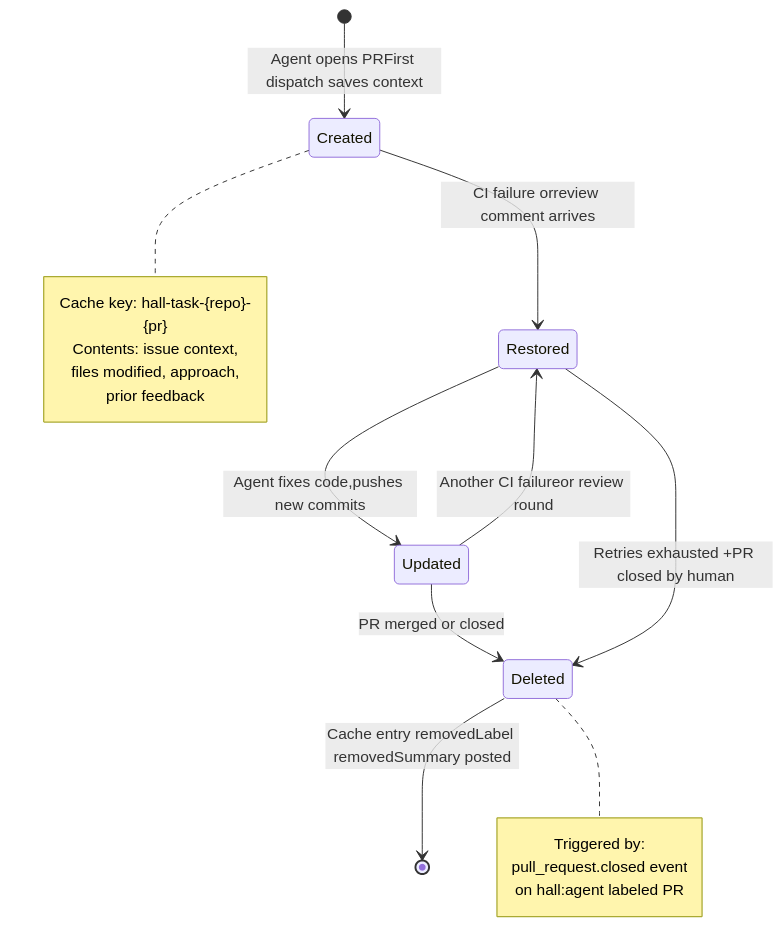
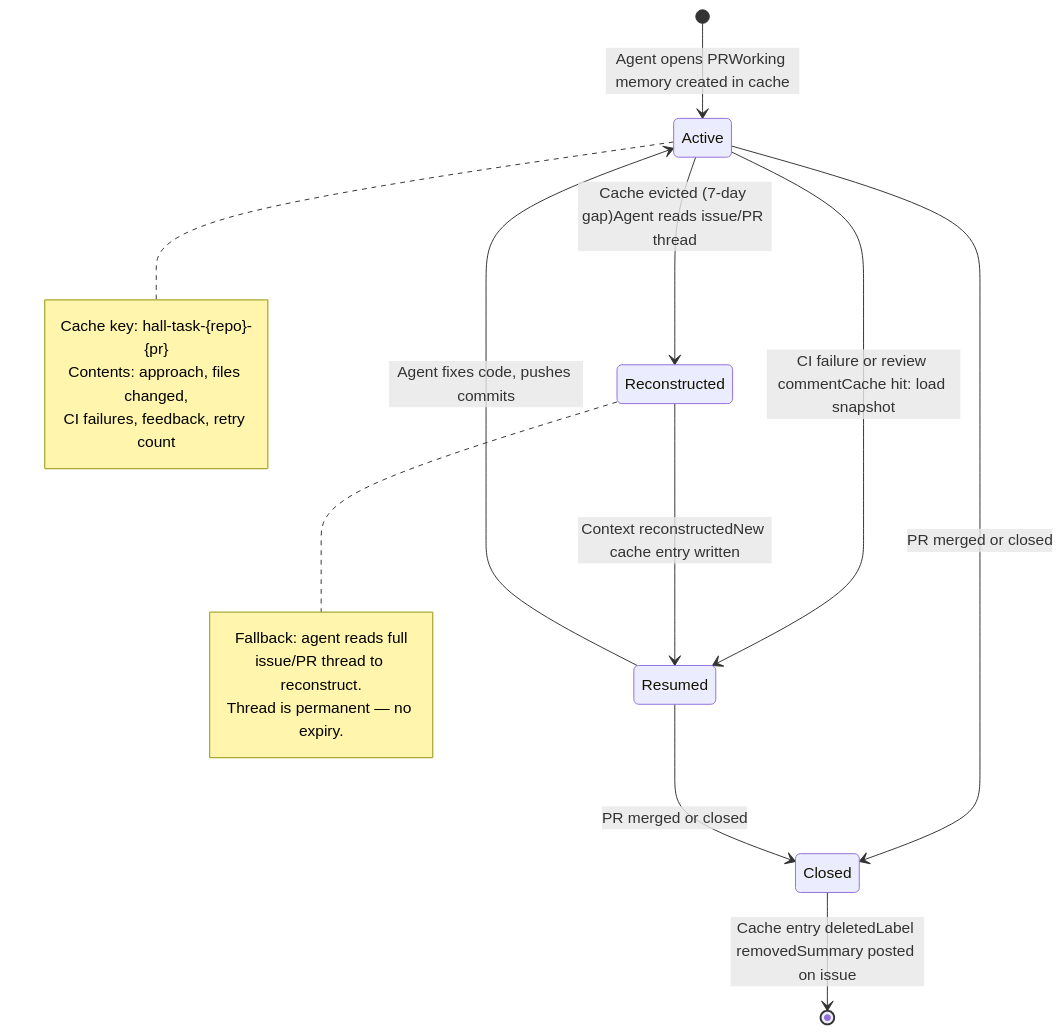
Before and after one commit to MockaSort-Studio/hall-of-automata: the sixth of 6 diagrams in design_document.md, drawn with Mermaid. The commit also changed other lines of this file, not shown here.

````diff
--- a/design_document.md
+++ b/design_document.md
@@ -374,26 +389,27 @@
 ```mermaid
 stateDiagram-v2
-    [*] --> Created: Agent opens PRFirst dispatch saves context
+    [*] --> Active: Agent opens PRWorking memory created in cache
 
-    Created --> Restored: CI failure orreview comment arrives
-    Restored --> Updated: Agent fixes code,pushes new commits
-    Updated --> Restored: Another CI failureor review round
+    Active --> Resumed: CI failure or review commentCache hit: load snapshot
+    Active --> Reconstructed: Cache evicted (7-day gap)Agent reads issue/PR thread
 
-    Updated --> Deleted: PR merged or closed
-    Restored --> Deleted: Retries exhausted +PR closed by human
+    Reconstructed --> Resumed: Context reconstructedNew cache entry written
+    Resumed --> Active: Agent fixes code, pushes commits
 
-    Deleted --> [*]: Cache entry removedLabel removedSummary posted
+    Active --> Closed: PR merged or closed
+    Resumed --> Closed: PR merged or closed
 
-    note right of Created
+    Closed --> [*]: Cache entry deletedLabel removedSummary posted on issue
+
+    note right of Active
         Cache key: hall-task-{repo}-{pr}
-        Contents: issue context,
-        files modified, approach,
-        prior feedback
+        Contents: approach, files changed,
+        CI failures, feedback, retry count
     end note
 
-    note right of Deleted
-        Triggered by:
-        pull_request.closed event
-        on hall:agent labeled PR
+    note right of Reconstructed
+        Fallback: agent reads full
+        issue/PR thread to reconstruct.
+        Thread is permanent — no expiry.
     end note
 ```
````
